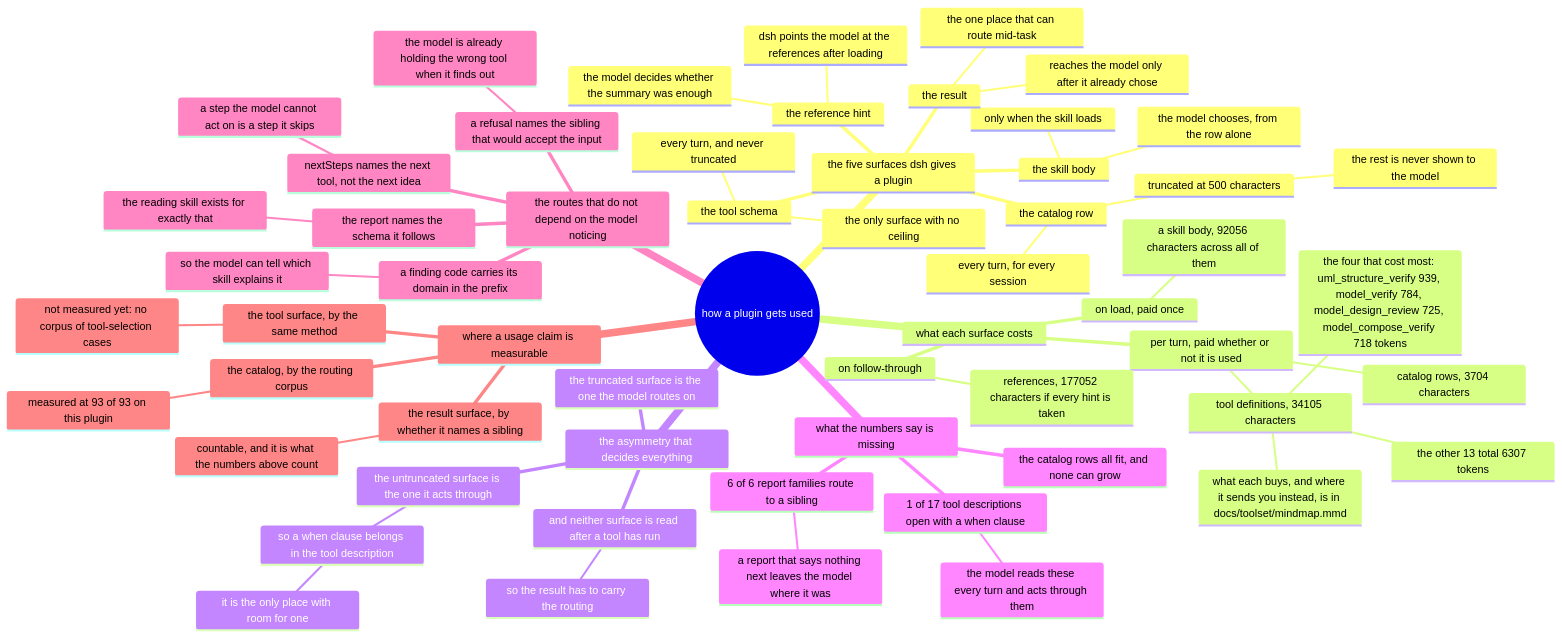
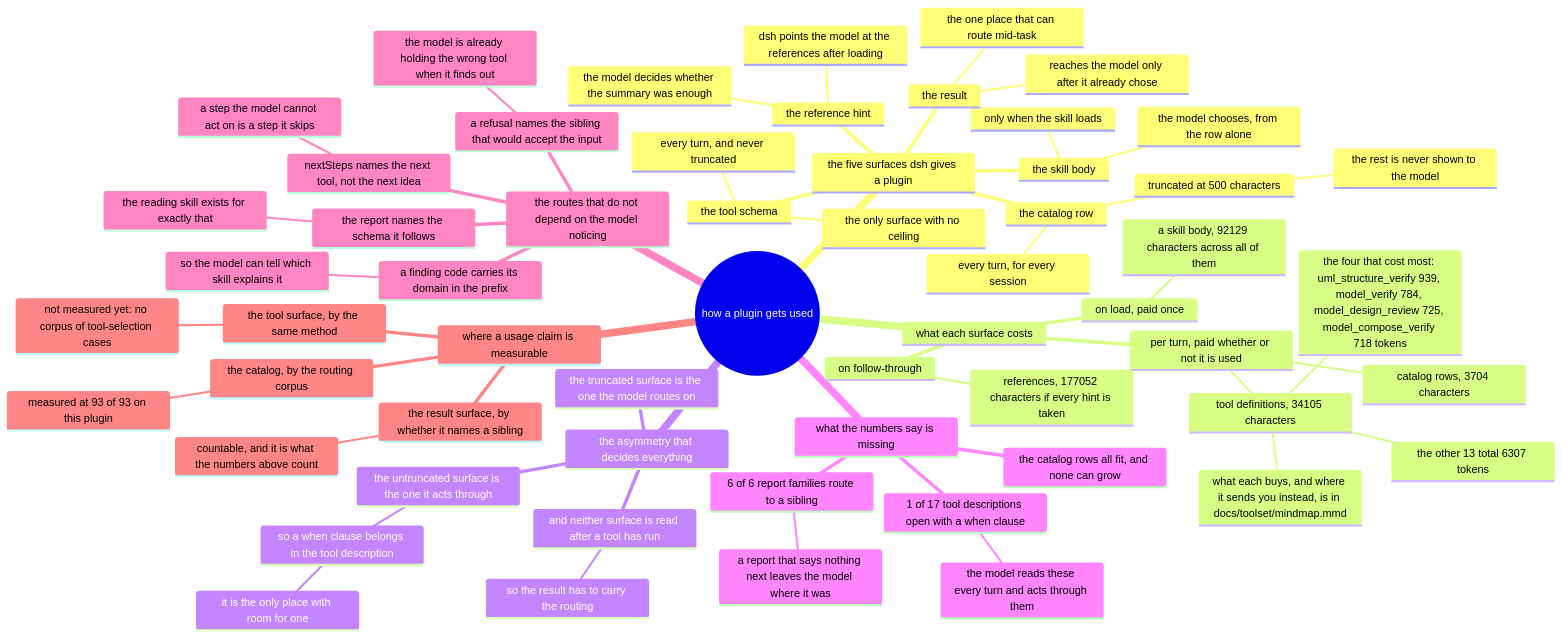
One commit to AmethystLuna/dsh-model-everything changed the diagram in docs/usage/mindmap.mmd. Above: the diagram before and after it, drawn with Mermaid. The commit also changed 18 other files, not shown here.

```diff
--- a/docs/usage/mindmap.mmd
+++ b/docs/usage/mindmap.mmd
@@ -1,59 +1,59 @@
 mindmap
 root((how a plugin gets used))
   the five surfaces dsh gives a plugin
     the catalog row
       every turn, for every session
       truncated at 500 characters
         the rest is never shown to the model
     the skill body
       only when the skill loads
       the model chooses, from the row alone
     the reference hint
       dsh points the model at the references after loading
       the model decides whether the summary was enough
     the tool schema
       every turn, and never truncated
       the only surface with no ceiling
     the result
       reaches the model only after it already chose
       the one place that can route mid-task
   what each surface costs
     per turn, paid whether or not it is used
       catalog rows, 3704 characters
       tool definitions, 34105 characters
         the four that cost most: uml_structure_verify 939, model_verify 784, model_design_review 725, model_compose_verify 718 tokens
         the other 13 total 6307 tokens
         what each buys, and where it sends you instead, is in docs/toolset/mindmap.mmd
     on load, paid once
-      a skill body, 92056 characters across all of them
+      a skill body, 92129 characters across all of them
     on follow-through
       references, 177052 characters if every hint is taken
   the asymmetry that decides everything
     the truncated surface is the one the model routes on
     the untruncated surface is the one it acts through
       so a when clause belongs in the tool description
         it is the only place with room for one
     and neither surface is read after a tool has run
       so the result has to carry the routing
   what the numbers say is missing
     1 of 17 tool descriptions open with a when clause
       the model reads these every turn and acts through them
     6 of 6 report families route to a sibling
       a report that says nothing next leaves the model where it was
     the catalog rows all fit, and none can grow
   the routes that do not depend on the model noticing
     a refusal names the sibling that would accept the input
       the model is already holding the wrong tool when it finds out
     nextSteps names the next tool, not the next idea
       a step the model cannot act on is a step it skips
     a finding code carries its domain in the prefix
       so the model can tell which skill explains it
     the report names the schema it follows
       the reading skill exists for exactly that
   where a usage claim is measurable
     the catalog, by the routing corpus
       measured at 93 of 93 on this plugin
     the tool surface, by the same method
       not measured yet: no corpus of tool-selection cases
     the result surface, by whether it names a sibling
       countable, and it is what the numbers above count
```
